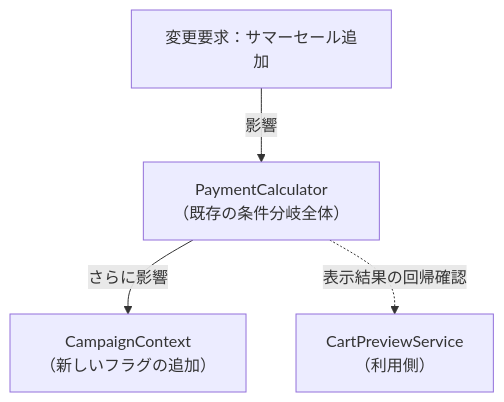
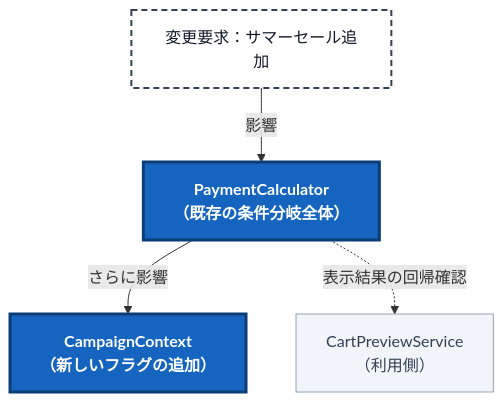
One commit to kumachan1101-pixel/DesignPattern changed the sixth of 14 diagrams in kindle/design-patterns/books/volume01-core-patterns/output/03-chapter01.md. Above: the diagram before and after it, drawn with Mermaid. The commit also changed other lines of this file and 19 other files, not shown here.

First line of the commit message:
図の変更箇所を色で示し、変更前後の対比の説明構造をそろえる

````diff
--- a/kindle/design-patterns/books/volume01-core-patterns/output/03-chapter01.md
+++ b/kindle/design-patterns/books/volume01-core-patterns/output/03-chapter01.md
@@ -1247,7 +1247,11 @@
 ```mermaid
 graph TD
-    T1["変更要求：サマーセール追加"]
-        -->|影響| A["PaymentCalculator<br>（既存の条件分岐全体）"]
-    A -->|さらに影響| B["CampaignContext<br>（新しいフラグの追加）"]
-    A -.->|表示結果の回帰確認| C["CartPreviewService<br>（利用側）"]
+    T1["変更要求：サマーセール追加"]:::req
+        -->|影響| A["PaymentCalculator<br>（既存の条件分岐全体）"]:::changed
+    A -->|さらに影響| B["CampaignContext<br>（新しいフラグの追加）"]:::changed
+    A -.->|表示結果の回帰確認| C["CartPreviewService<br>（利用側）"]:::keep
+
+    classDef req fill:#ffffff,stroke:#334155,stroke-width:2px,stroke-dasharray:6 4,color:#111827;
+    classDef keep fill:#f1f5f9,stroke:#94a3b8,color:#334155;
+    classDef changed fill:#1565c0,stroke:#0b3d76,stroke-width:3px,color:#ffffff,font-weight:bold;
 ```
````
